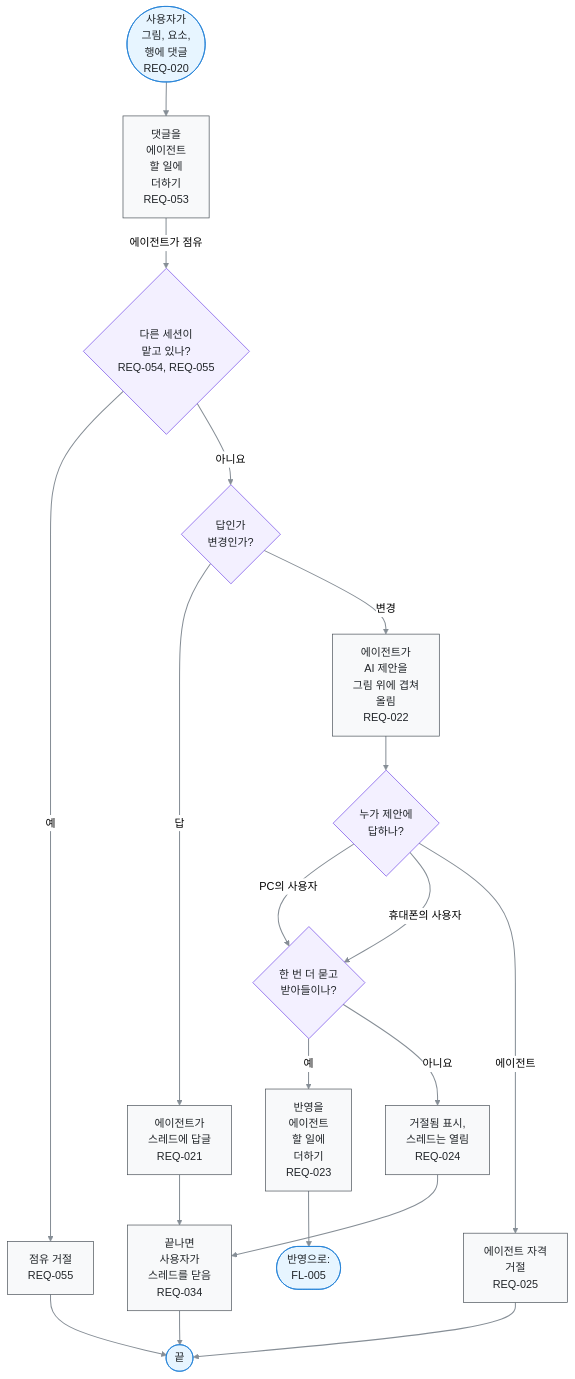
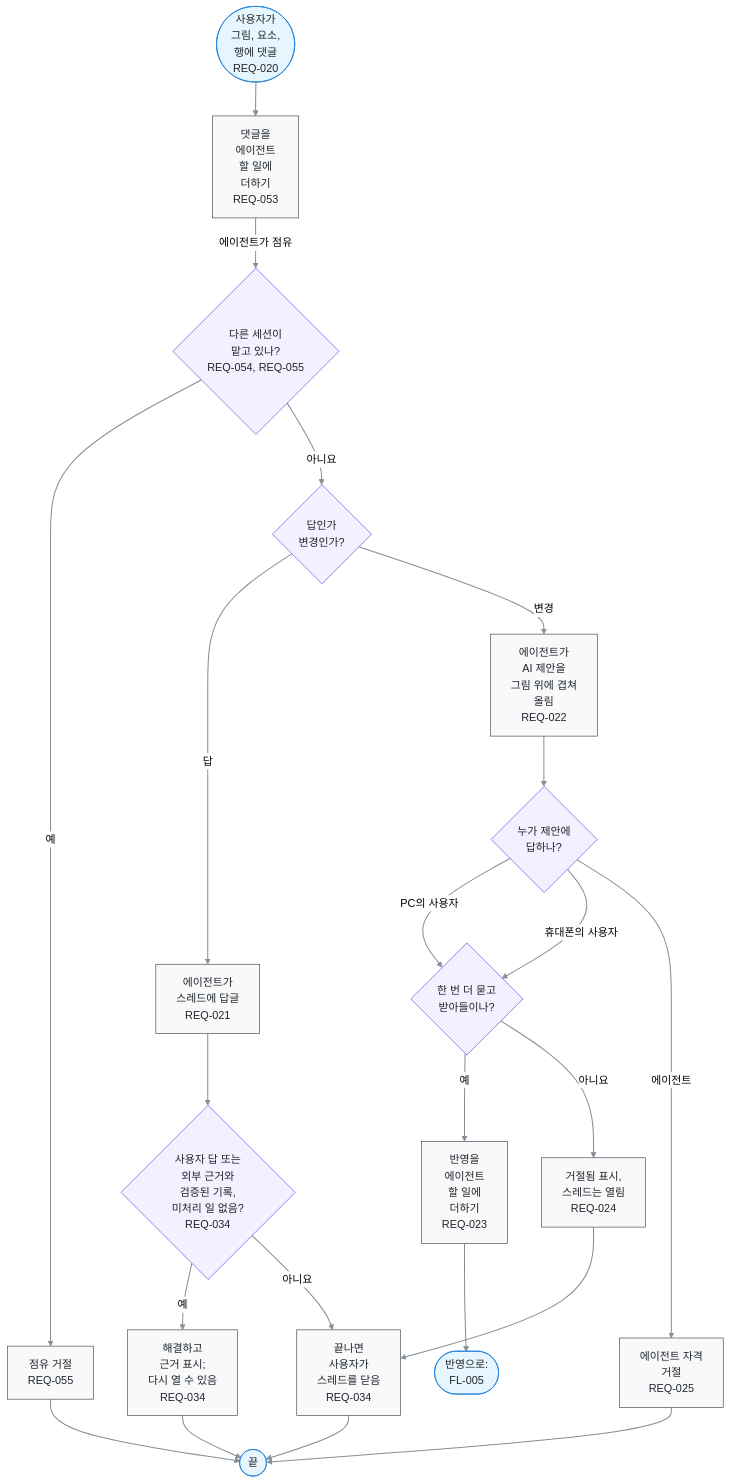
The diagram in docs/03-user-flow/FL-003-comment-and-answer-an-ai-proposal.ko.md (kodonghui/corthex-nexus), drawn with Mermaid (neutral theme) before and after one commit. The commit also changed other lines of this file and 52 other files, not shown here.

````diff
--- a/docs/03-user-flow/FL-003-comment-and-answer-an-ai-proposal.ko.md
+++ b/docs/03-user-flow/FL-003-comment-and-answer-an-ai-proposal.ko.md
@@ -11,46 +11,52 @@
 ```mermaid
 flowchart TD
   A(["사용자가<br/>그림, 요소,<br/>행에 댓글<br/>REQ-020"])
   B["댓글을<br/>에이전트<br/>할 일에<br/>더하기<br/>REQ-053"]
   C{"다른 세션이<br/>맡고 있나?<br/>REQ-054, REQ-055"}
   D{"답인가<br/>변경인가?"}
   E["에이전트가<br/>스레드에 답글<br/>REQ-021"]
   F["에이전트가<br/>AI 제안을<br/>그림 위에 겹쳐<br/>올림<br/>REQ-022"]
   G{"누가 제안에<br/>답하나?"}
   H{"한 번 더 묻고<br/>받아들이나?"}
   I["반영을<br/>에이전트<br/>할 일에<br/>더하기<br/>REQ-023"]
   J["거절됨 표시,<br/>스레드는 열림<br/>REQ-024"]
   K["끝나면<br/>사용자가<br/>스레드를 닫음<br/>REQ-034"]
+  P{"사용자 답 또는<br/>외부 근거와<br/>검증된 기록,<br/>미처리 일 없음?<br/>REQ-034"}
+  Q["해결하고<br/>근거 표시;<br/>다시 열 수 있음<br/>REQ-034"]
   R1["점유 거절<br/>REQ-055"]
   R3["에이전트 자격<br/>거절<br/>REQ-025"]
   Z(["끝"])
   Y(["반영으로:<br/>FL-005"])
   A e1@--> B
   B e2@-->|에이전트가 점유| C
   C e3@-->|예| R1
   C e4@-->|아니요| D
   D e5@-->|답| E
   D e6@-->|변경| F
-  E e7@--> K
+  E e7@--> P
+  P e30@-->|예| Q
+  P e31@-->|아니요| K
+  Q e32@--> Z
   F e8@--> G
   G e9@-->|PC의 사용자| H
   G e10@-->|휴대폰의 사용자| H
   G e11@-->|에이전트| R3
   H e12@-->|예| I
   H e13@-->|아니요| J
   I e14@--> Y
   J e15@--> K
   K e16@--> Z
   R1 e17@--> Z
   R3 e19@--> Z
   %% legend: below
   classDef term fill:#e7f5ff,stroke:#1c7ed6,color:#212529
   classDef proc fill:#f8f9fa,stroke:#495057,color:#212529
   classDef decide fill:#f3f0ff,stroke:#7048e8,color:#212529
   classDef gap fill:#f1f3f5,stroke:#adb5bd,stroke-dasharray:2 3,color:#495057
   classDef pass stroke:#868e96,stroke-width:1.5px
   class A,Z,Y term
   class B,E,F,I,J,K,R1,R3 proc
-  class C,D,G,H decide
-  class e1,e2,e3,e4,e5,e6,e7,e8,e9,e10,e11,e12,e13,e14,e15,e16,e17,e19 pass
+  class Q proc
+  class C,D,G,H,P decide
+  class e1,e2,e3,e4,e5,e6,e7,e8,e9,e10,e11,e12,e13,e14,e15,e16,e17,e19,e30,e31,e32 pass
 ```
````
